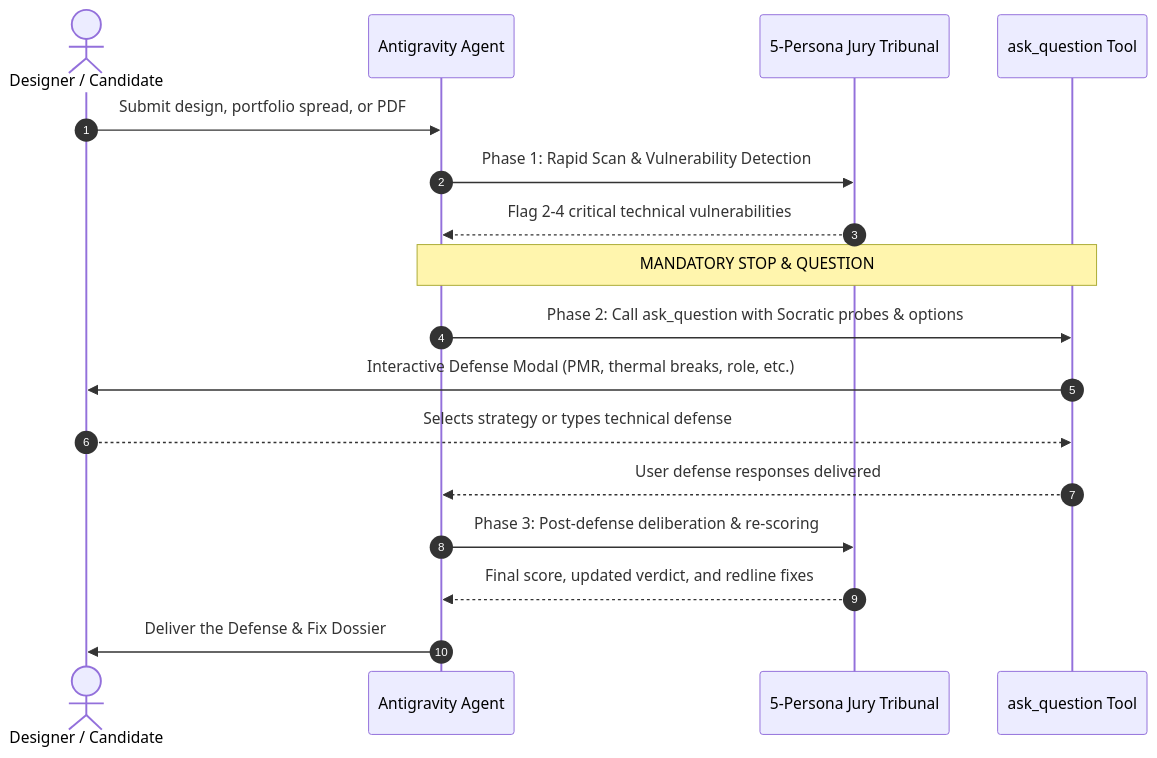
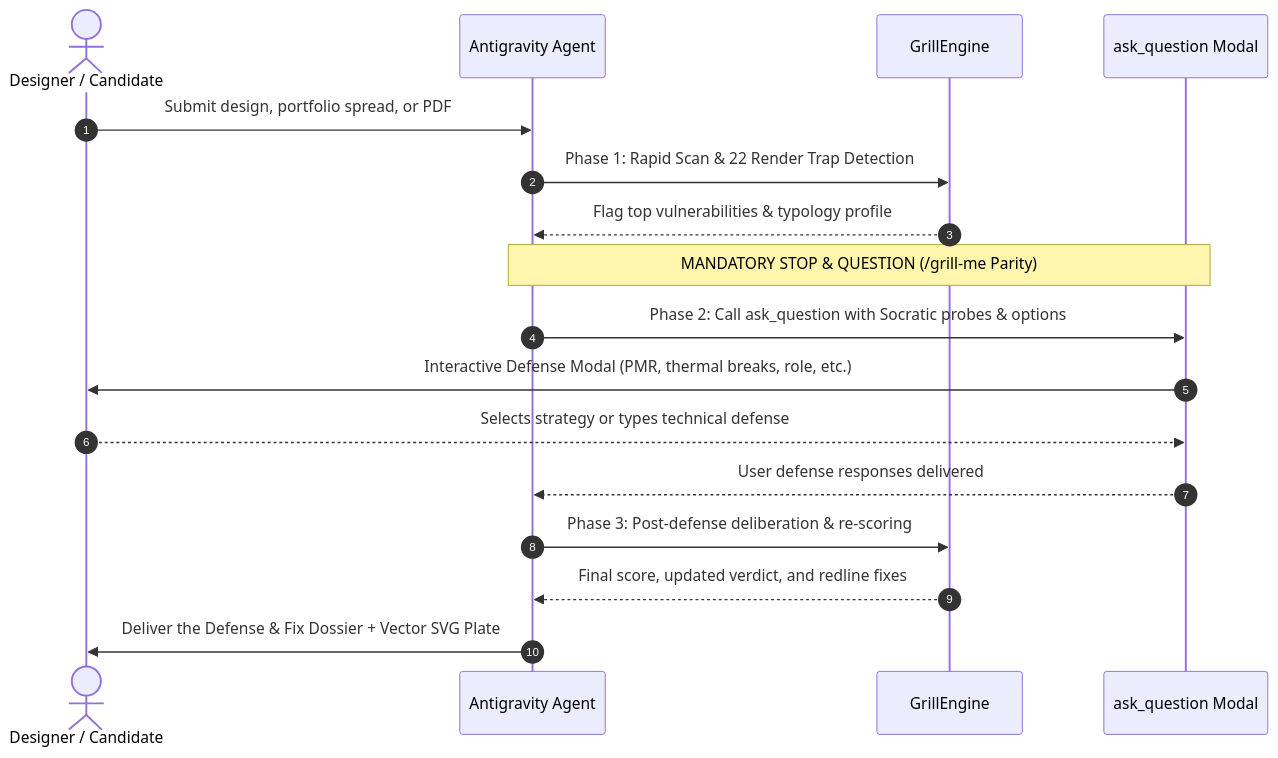
The diagram in skills/grill-my-design/SKILL.md (sounny/sara-bensalem-skills), drawn with Mermaid before and after one commit. The commit also changed other lines of this file and 9 other files, not shown here.

Commit message:
feat(grill-my-design): integrate 22 render traps, typology intelligence, and SVG crit sheet generator

````diff
--- a/skills/grill-my-design/SKILL.md
+++ b/skills/grill-my-design/SKILL.md
@@ -20,20 +20,20 @@
 ```mermaid
 sequenceDiagram
     autonumber
     actor User as Designer / Candidate
     participant Agent as Antigravity Agent
-    participant Jury as 5-Persona Jury Tribunal
-    participant Tool as ask_question Tool
+    participant Engine as GrillEngine
+    participant Tool as ask_question Modal
 
     User->>Agent: Submit design, portfolio spread, or PDF
-    Agent->>Jury: Phase 1: Rapid Scan & Vulnerability Detection
-    Jury-->>Agent: Flag 2-4 critical technical vulnerabilities
-    Note over Agent,Tool: MANDATORY STOP & QUESTION
+    Agent->>Engine: Phase 1: Rapid Scan & 22 Render Trap Detection
+    Engine-->>Agent: Flag top vulnerabilities & typology profile
+    Note over Agent,Tool: MANDATORY STOP & QUESTION (/grill-me Parity)
     Agent->>Tool: Phase 2: Call ask_question with Socratic probes & options
     Tool->>User: Interactive Defense Modal (PMR, thermal breaks, role, etc.)
     User-->>Tool: Selects strategy or types technical defense
     Tool-->>Agent: User defense responses delivered
-    Agent->>Jury: Phase 3: Post-defense deliberation & re-scoring
-    Jury-->>Agent: Final score, updated verdict, and redline fixes
-    Agent->>User: Deliver the Defense & Fix Dossier
+    Agent->>Engine: Phase 3: Post-defense deliberation & re-scoring
+    Engine-->>Agent: Final score, updated verdict, and redline fixes
+    Agent->>User: Deliver the Defense & Fix Dossier + Vector SVG Plate
 ```
````
